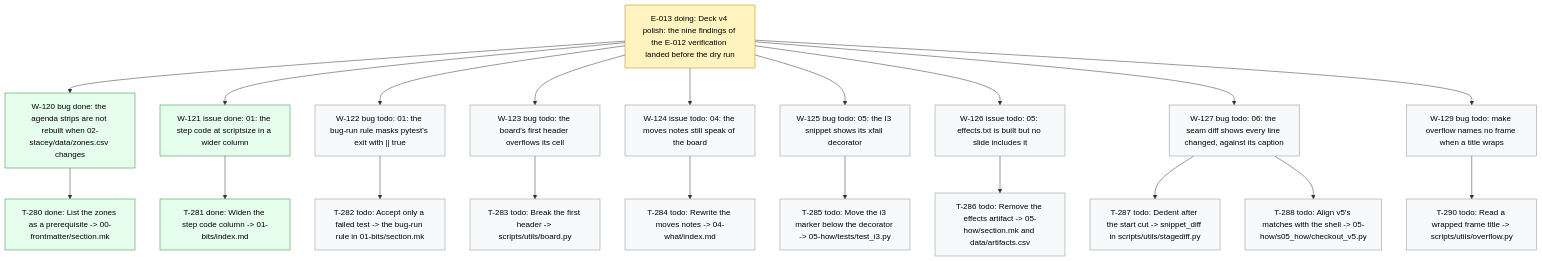
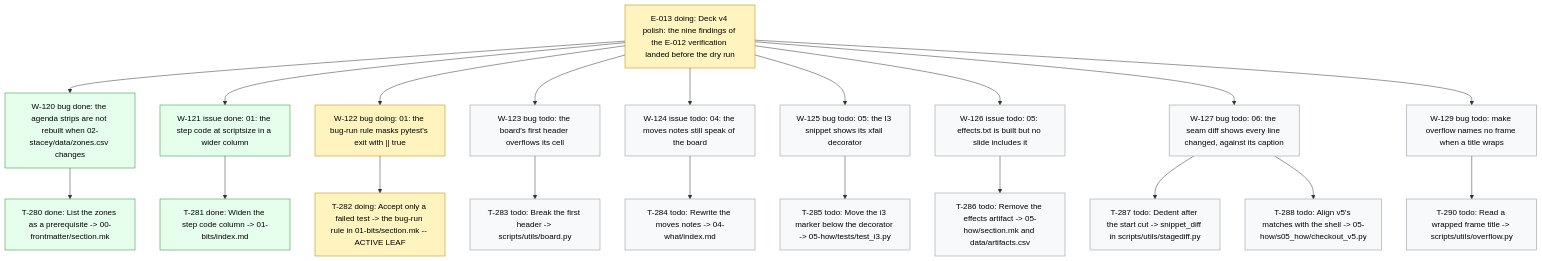
Before and after one commit to dpopchev/chaos-to-simple: the diagram in .board/BOARD.md, drawn with Mermaid. The commit also changed other lines of this file and 2 other files, not shown here.

Commit message:
chore(board): activate W-122, start T-282
Refs: W-122 T-282

````diff
--- a/.board/BOARD.md
+++ b/.board/BOARD.md
@@ -729,31 +729,31 @@
 ```mermaid
 flowchart TD
   E013["E-013 doing: Deck v4 polish: the nine findings of the E-012 verification landed before the dry run"]
   E013 --> W120["W-120 bug done: the agenda strips are not rebuilt when 02-stacey/data/zones.csv changes"]
   W120 --> T280["T-280 done: List the zones as a prerequisite -> 00-frontmatter/section.mk"]
   E013 --> W121["W-121 issue done: 01: the step code at scriptsize in a wider column"]
   W121 --> T281["T-281 done: Widen the step code column -> 01-bits/index.md"]
-  E013 --> W122["W-122 bug todo: 01: the bug-run rule masks pytest's exit with || true"]
-  W122 --> T282["T-282 todo: Accept only a failed test -> the bug-run rule in 01-bits/section.mk"]
+  E013 --> W122["W-122 bug doing: 01: the bug-run rule masks pytest's exit with || true"]
+  W122 --> T282["T-282 doing: Accept only a failed test -> the bug-run rule in 01-bits/section.mk -- ACTIVE LEAF"]
   E013 --> W123["W-123 bug todo: the board's first header overflows its cell"]
   W123 --> T283["T-283 todo: Break the first header -> scripts/utils/board.py"]
   E013 --> W124["W-124 issue todo: 04: the moves notes still speak of the board"]
   W124 --> T284["T-284 todo: Rewrite the moves notes -> 04-what/index.md"]
   E013 --> W125["W-125 bug todo: 05: the I3 snippet shows its xfail decorator"]
   W125 --> T285["T-285 todo: Move the i3 marker below the decorator -> 05-how/tests/test_i3.py"]
   E013 --> W126["W-126 issue todo: 05: effects.txt is built but no slide includes it"]
   W126 --> T286["T-286 todo: Remove the effects artifact -> 05-how/section.mk and data/artifacts.csv"]
   E013 --> W127["W-127 bug todo: 06: the seam diff shows every line changed, against its caption"]
   W127 --> T287["T-287 todo: Dedent after the start cut -> snippet_diff in scripts/utils/stagediff.py"]
   W127 --> T288["T-288 todo: Align v5's matches with the shell -> 05-how/s05_how/checkout_v5.py"]
   E013 --> W129["W-129 bug todo: make overflow names no frame when a title wraps"]
   W129 --> T290["T-290 todo: Read a wrapped frame title -> scripts/utils/overflow.py"]
   classDef doing fill:#fff3bf,stroke:#b58900,color:#000;
   classDef blocked fill:#ffe3e3,stroke:#c92a2a,color:#000;
   classDef done fill:#e6ffed,stroke:#2b8a3e,color:#000;
   classDef todo fill:#f8f9fa,stroke:#868e96,color:#000;
   classDef pruned fill:#f1f3f5,stroke:#adb5bd,color:#000;
-  class E013 doing
+  class E013,W122,T282 doing
   class W120,T280,W121,T281 done
-  class W122,T282,W123,T283,W124,T284,W125,T285,W126,T286,W127,T287,T288,W129,T290 todo
+  class W123,T283,W124,T284,W125,T285,W126,T286,W127,T287,T288,W129,T290 todo
 ```
````
